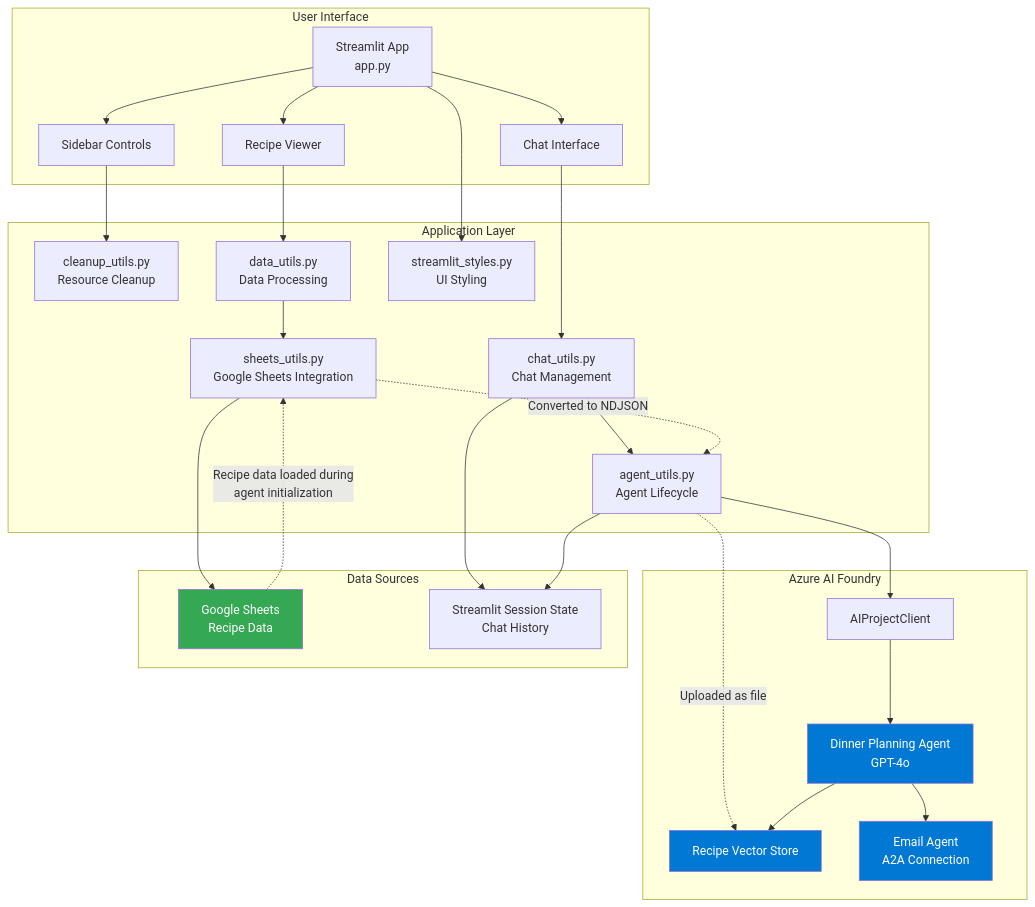
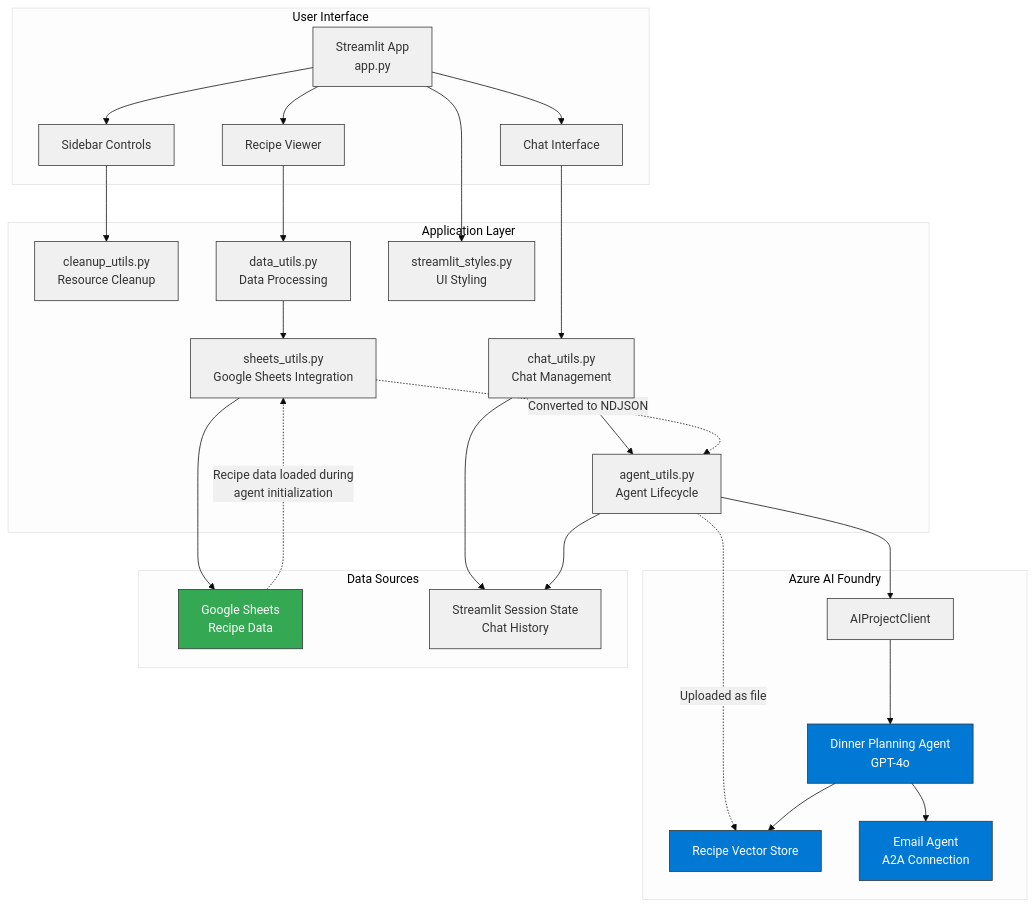
One commit to auroravoje/ai-agent changed the first of 4 diagrams in diagrams.md. Above: the diagram before and after it, drawn with Mermaid.

Commit message:
adjusting box color, diagrams

````diff
--- a/diagrams.md
+++ b/diagrams.md
@@ -5,60 +5,61 @@
 ```mermaid
+%%{init: {'theme':'base', 'themeVariables': { 'primaryColor':'#f0f0f0','primaryBorderColor':'#333'}}}%%
 graph TD
     subgraph "User Interface"
         Chat[Chat Interface]
         Controls[Sidebar Controls]
         Recipes[Recipe Viewer]
         UI[Streamlit App<br/>app.py]
     end
     
     subgraph "Application Layer"
         ChatUtils[chat_utils.py<br/>Chat Management]
         CleanupUtils[cleanup_utils.py<br/>Resource Cleanup]
         DataUtils[data_utils.py<br/>Data Processing]
         Styles[streamlit_styles.py<br/>UI Styling]
         AgentUtils[agent_utils.py<br/>Agent Lifecycle]
         SheetsUtils[sheets_utils.py<br/>Google Sheets Integration]
     end
     
     subgraph "Azure AI Foundry"
         ProjectClient[AIProjectClient]
         Agent[Dinner Planning Agent<br/>GPT-4o]
         VectorStore[Recipe Vector Store]
         EmailAgent[Email Agent<br/>A2A Connection]
     end
     
     subgraph "Data Sources"
         GoogleSheets[Google Sheets<br/>Recipe Data]
         SessionState[Streamlit Session State<br/>Chat History]
     end
     
     UI --> Chat
     UI --> Recipes
     UI --> Controls
     UI --> Styles
     
     Chat --> ChatUtils
     Controls --> CleanupUtils
     Recipes --> DataUtils
     
     ChatUtils --> AgentUtils
     AgentUtils --> ProjectClient
     DataUtils --> SheetsUtils
     
     SheetsUtils --> GoogleSheets
     GoogleSheets -.->|Recipe data loaded during<br/>agent initialization| SheetsUtils
     SheetsUtils -.->|Converted to NDJSON| AgentUtils
     AgentUtils -.->|Uploaded as file| VectorStore
     
     ProjectClient --> Agent
     Agent --> VectorStore
     Agent --> EmailAgent
     
     ChatUtils --> SessionState
     AgentUtils --> SessionState
     
     style Agent fill:#0078d4,color:#fff
     style VectorStore fill:#0078d4,color:#fff
     style EmailAgent fill:#0078d4,color:#fff
     style GoogleSheets fill:#34a853,color:#fff
 ```
````
